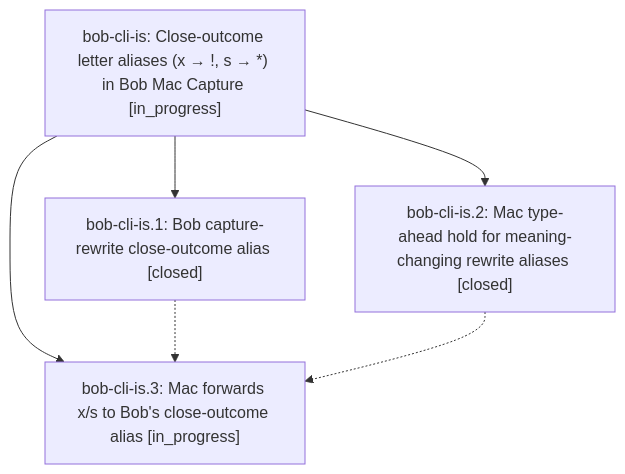
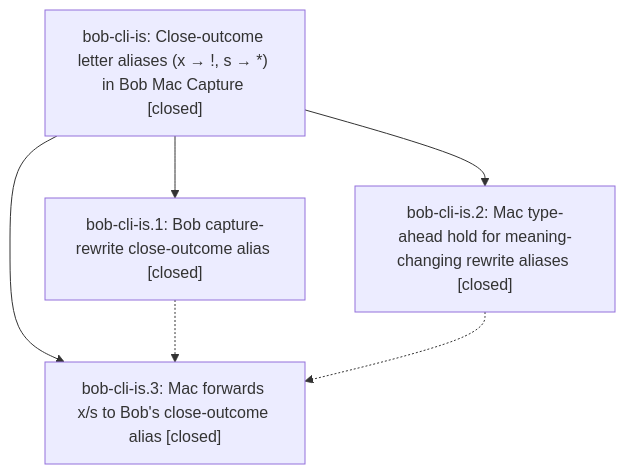
Before and after one commit to bobs-org/bob-cli--beads: the diagram in pages/bob-cli-is/README.md, drawn with Mermaid. The commit also changed other lines of this file and 3 other files, not shown here.

First line of the commit message:
chore(beads): sync bead state and pages for bob-cli-is

````diff
--- a/pages/bob-cli-is/README.md
+++ b/pages/bob-cli-is/README.md
@@ -42,12 +62,12 @@
 ```mermaid
 flowchart TD
-    n0["bob-cli-is: Close-outcome letter aliases (x → !, s → *) in Bob Mac Capture [in_progress]"]
+    n0["bob-cli-is: Close-outcome letter aliases (x → !, s → *) in Bob Mac Capture [closed]"]
     n1["bob-cli-is.1: Bob capture-rewrite close-outcome alias [closed]"]
     n2["bob-cli-is.2: Mac type-ahead hold for meaning-changing rewrite aliases [closed]"]
-    n3["bob-cli-is.3: Mac forwards x/s to Bob's close-outcome alias [in_progress]"]
+    n3["bob-cli-is.3: Mac forwards x/s to Bob's close-outcome alias [closed]"]
     n0 --> n1
     n0 --> n2
     n0 --> n3
     n1 -.-> n3
     n2 -.-> n3
 ```
````
